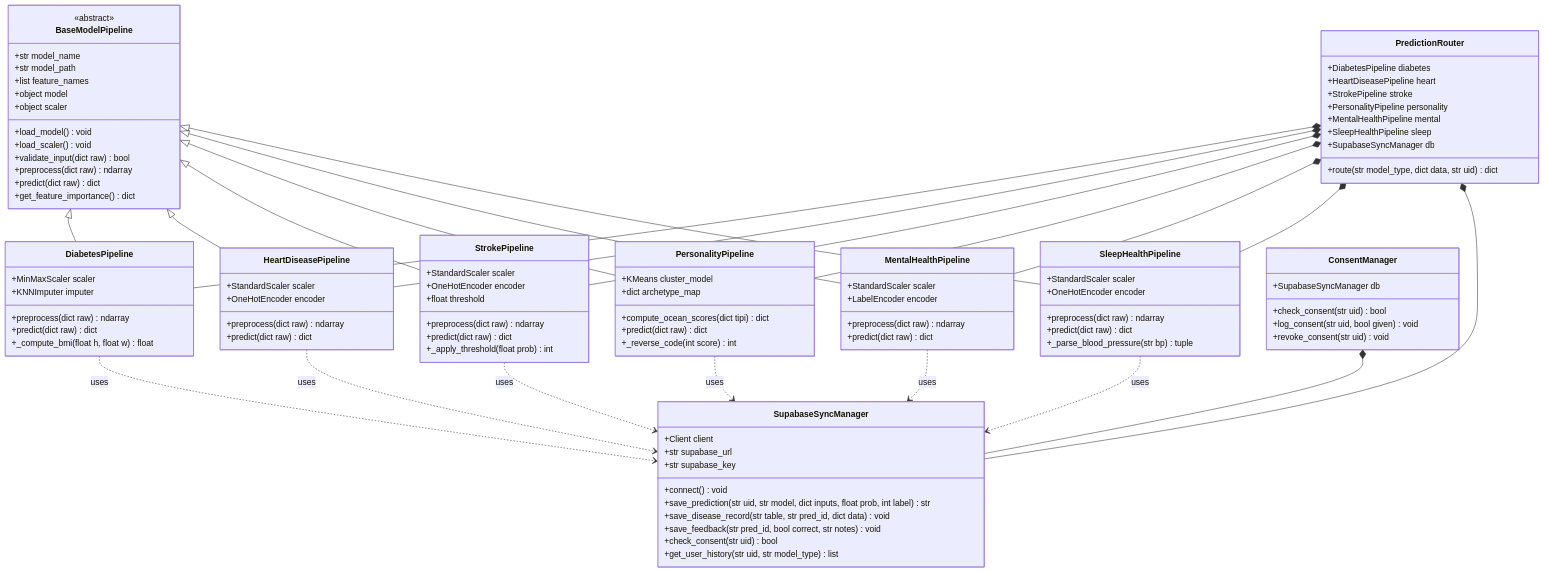
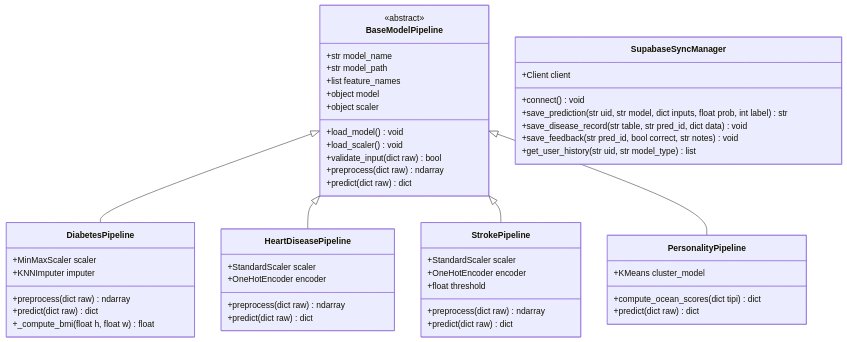
Before and after one commit to Subhadip-Paul2006/HealthCare-Model: the first of 3 diagrams in docs/THEORY.md, drawn with Mermaid. The commit also changed other lines of this file and 2 other files, not shown here.

````diff
--- a/docs/THEORY.md
+++ b/docs/THEORY.md
@@ -242,7 +251,6 @@
         +validate_input(dict raw) bool
         +preprocess(dict raw) ndarray
         +predict(dict raw) dict
-        +get_feature_importance() dict
     }
 
     class DiabetesPipeline {
@@ -266,82 +274,25 @@
         +float threshold
         +preprocess(dict raw) ndarray
         +predict(dict raw) dict
-        +_apply_threshold(float prob) int
     }
 
     class PersonalityPipeline {
         +KMeans cluster_model
-        +dict archetype_map
         +compute_ocean_scores(dict tipi) dict
         +predict(dict raw) dict
-        +_reverse_code(int score) int
-    }
-
-    class MentalHealthPipeline {
-        +StandardScaler scaler
-        +LabelEncoder encoder
-        +preprocess(dict raw) ndarray
-        +predict(dict raw) dict
-    }
-
-    class SleepHealthPipeline {
-        +StandardScaler scaler
-        +OneHotEncoder encoder
-        +preprocess(dict raw) ndarray
-        +predict(dict raw) dict
-        +_parse_blood_pressure(str bp) tuple
     }
 
     class SupabaseSyncManager {
         +Client client
-        +str supabase_url
-        +str supabase_key
         +connect() void
         +save_prediction(str uid, str model, dict inputs, float prob, int label) str
         +save_disease_record(str table, str pred_id, dict data) void
         +save_feedback(str pred_id, bool correct, str notes) void
-        +check_consent(str uid) bool
         +get_user_history(str uid, str model_type) list
-    }
-
-    class ConsentManager {
-        +SupabaseSyncManager db
-        +check_consent(str uid) bool
-        +log_consent(str uid, bool given) void
-        +revoke_consent(str uid) void
-    }
-
-    class PredictionRouter {
-        +DiabetesPipeline diabetes
-        +HeartDiseasePipeline heart
-        +StrokePipeline stroke
-        +PersonalityPipeline personality
-        +MentalHealthPipeline mental
-        +SleepHealthPipeline sleep
-        +SupabaseSyncManager db
-        +route(str model_type, dict data, str uid) dict
     }
 
     BaseModelPipeline <|-- DiabetesPipeline
     BaseModelPipeline <|-- HeartDiseasePipeline
     BaseModelPipeline <|-- StrokePipeline
     BaseModelPipeline <|-- PersonalityPipeline
-    BaseModelPipeline <|-- MentalHealthPipeline
-    BaseModelPipeline <|-- SleepHealthPipeline
-
-    PredictionRouter *-- DiabetesPipeline
-    PredictionRouter *-- HeartDiseasePipeline
-    PredictionRouter *-- StrokePipeline
-    PredictionRouter *-- PersonalityPipeline
-    PredictionRouter *-- MentalHealthPipeline
-    PredictionRouter *-- SleepHealthPipeline
-    PredictionRouter *-- SupabaseSyncManager
-
-    DiabetesPipeline ..> SupabaseSyncManager : uses
-    HeartDiseasePipeline ..> SupabaseSyncManager : uses
-    StrokePipeline ..> SupabaseSyncManager : uses
-    PersonalityPipeline ..> SupabaseSyncManager : uses
-    MentalHealthPipeline ..> SupabaseSyncManager : uses
-    SleepHealthPipeline ..> SupabaseSyncManager : uses
-    ConsentManager *-- SupabaseSyncManager
 ```
````
